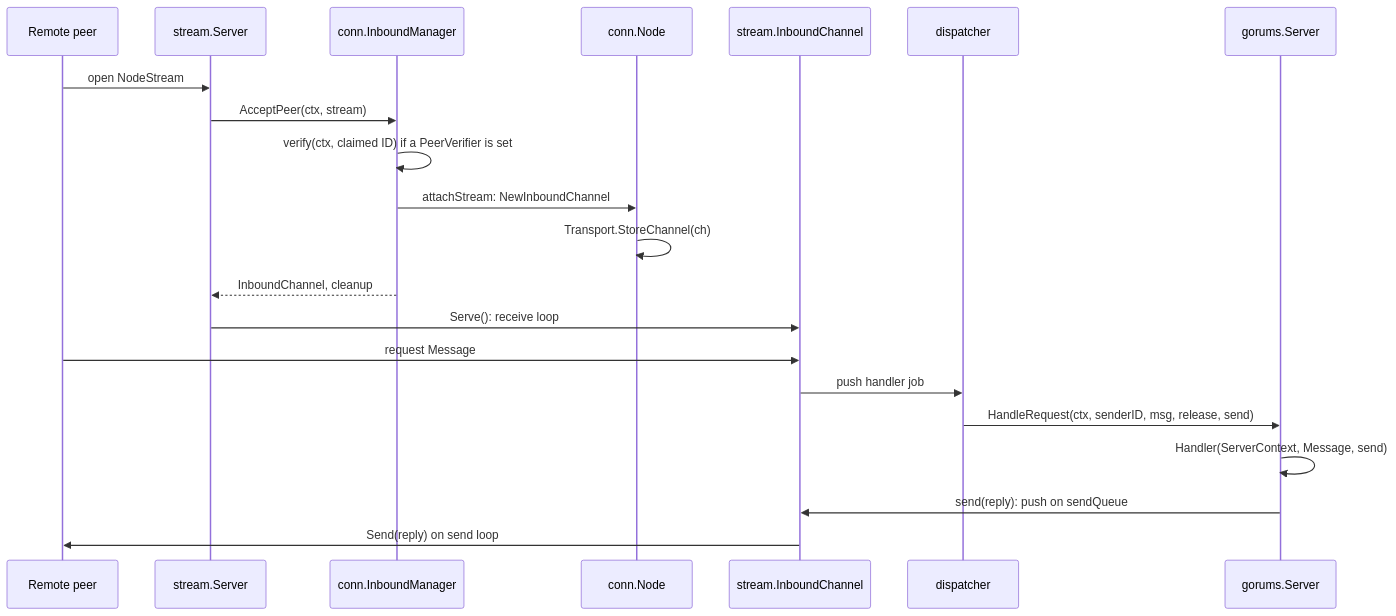
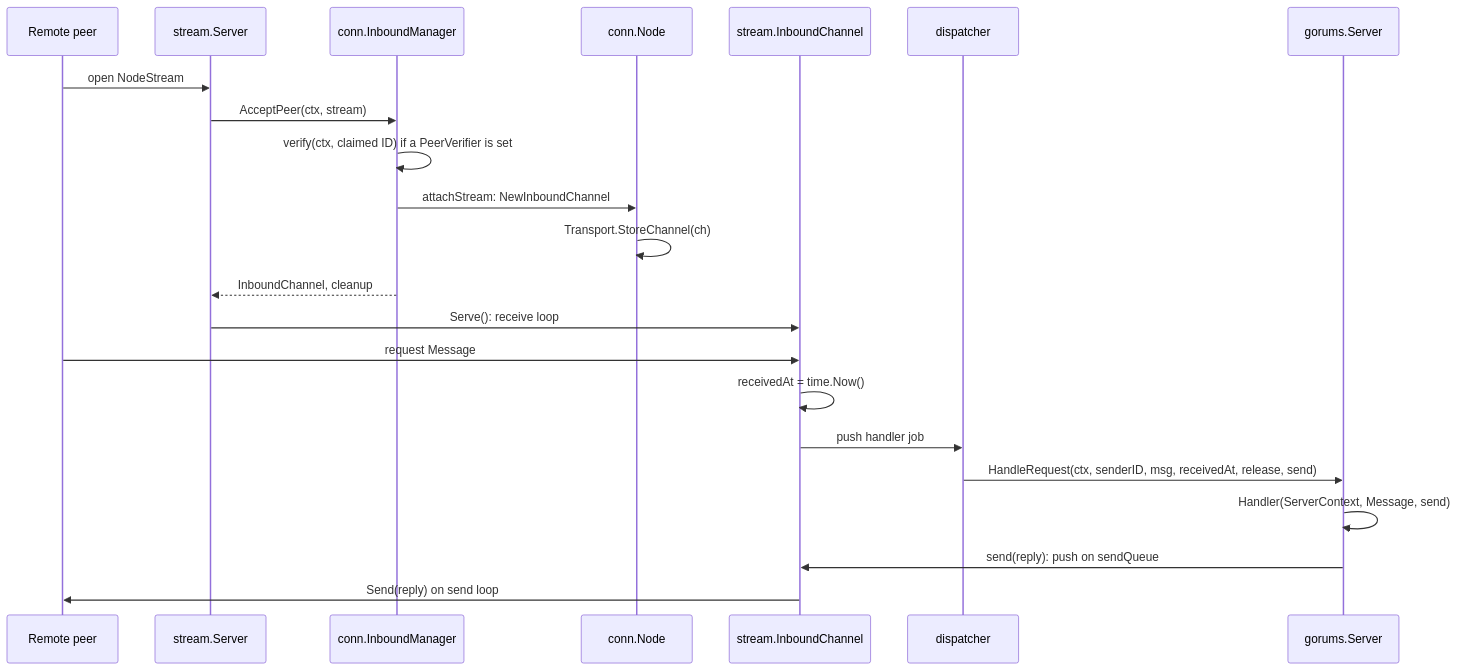
Before and after one commit to relab/gorums: the tenth of 10 diagrams in doc/dev-guide.md, drawn with Mermaid. The commit also changed other lines of this file and 14 other files, not shown here.

First line of the commit message:
gorums: add ServerContext.ReceivedAt for the request receive time

````diff
--- a/doc/dev-guide.md
+++ b/doc/dev-guide.md
@@ -783,24 +783,25 @@
 ```mermaid
 sequenceDiagram
     participant P as Remote peer
     participant SS as stream.Server
     participant IM as conn.InboundManager
     participant N as conn.Node
     participant IC as stream.InboundChannel
     participant D as dispatcher
     participant H as gorums.Server
 
     P->>SS: open NodeStream
     SS->>IM: AcceptPeer(ctx, stream)
     IM->>IM: verify(ctx, claimed ID) if a PeerVerifier is set
     IM->>N: attachStream: NewInboundChannel
     N->>N: Transport.StoreChannel(ch)
     IM-->>SS: InboundChannel, cleanup
     SS->>IC: Serve(): receive loop
     P->>IC: request Message
+    IC->>IC: receivedAt = time.Now()
     IC->>D: push handler job
-    D->>H: HandleRequest(ctx, senderID, msg, release, send)
+    D->>H: HandleRequest(ctx, senderID, msg, receivedAt, release, send)
     H->>H: Handler(ServerContext, Message, send)
     H->>IC: send(reply): push on sendQueue
     IC->>P: Send(reply) on send loop
 ```
````
